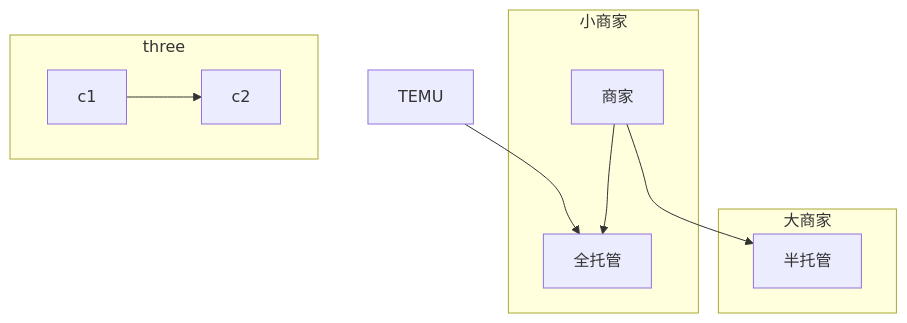
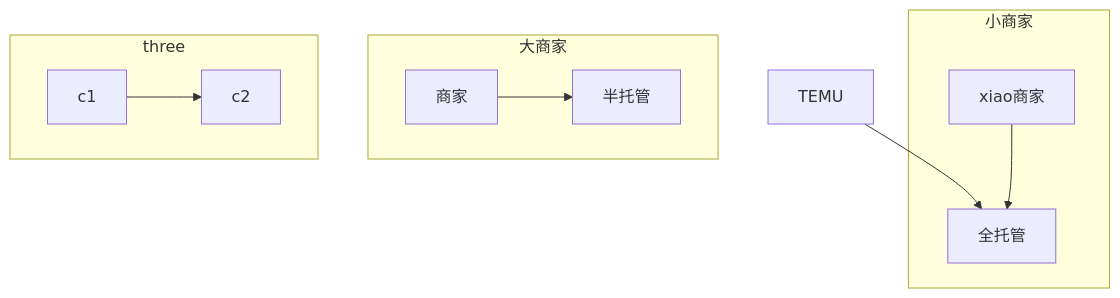
One commit to Zora0203/iodraw-files changed the diagram in all/TEMU链路图.md. Above: the diagram before and after it, drawn with Mermaid.

Commit message:
2024-12-06 16:27:03 update

````diff
--- a/all/TEMU链路图.md
+++ b/all/TEMU链路图.md
@@ -1,15 +1,15 @@
 ```mermaid
 
 
 flowchart TB
     TEMU-->全托管
     subgraph 小商家
-    商家-->全托管
+    xiao商家-->全托管
     end
     subgraph 大商家
     商家-->半托管
     end
     subgraph three
     c1-->c2
     end
 ```
````
